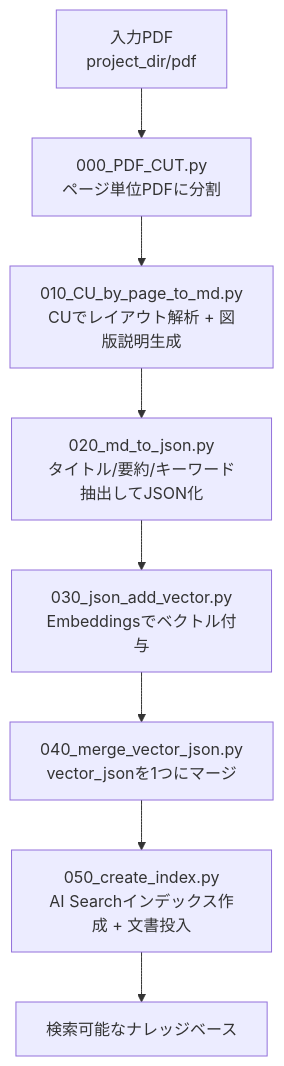
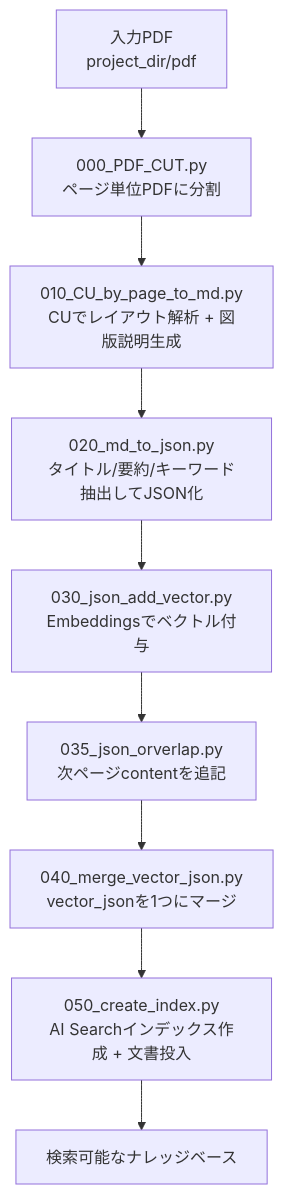
The diagram in README.md (ketana0224/ai-ready-data-content-undarstanding), drawn with Mermaid before and after one commit. The commit also changed other lines of this file and 3 other files, not shown here.

````diff
--- a/README.md
+++ b/README.md
@@ -41,10 +45,11 @@
 ```mermaid
 flowchart TD
 	A[入力PDF<br/>project_dir/pdf] --> B[000_PDF_CUT.py<br/>ページ単位PDFに分割]
 	B --> C[010_CU_by_page_to_md.py<br/>CUでレイアウト解析 + 図版説明生成]
 	C --> D[020_md_to_json.py<br/>タイトル/要約/キーワード抽出してJSON化]
 	D --> E[030_json_add_vector.py<br/>Embeddingsでベクトル付与]
-	E --> F[040_merge_vector_json.py<br/>vector_jsonを1つにマージ]
-	F --> G[050_create_index.py<br/>AI Searchインデックス作成 + 文書投入]
-	G --> H[検索可能なナレッジベース]
+	E --> F[035_json_orverlap.py<br/>次ページcontentを追記]
+	F --> G[040_merge_vector_json.py<br/>vector_jsonを1つにマージ]
+	G --> H[050_create_index.py<br/>AI Searchインデックス作成 + 文書投入]
+	H --> I[検索可能なナレッジベース]
 ```
````
